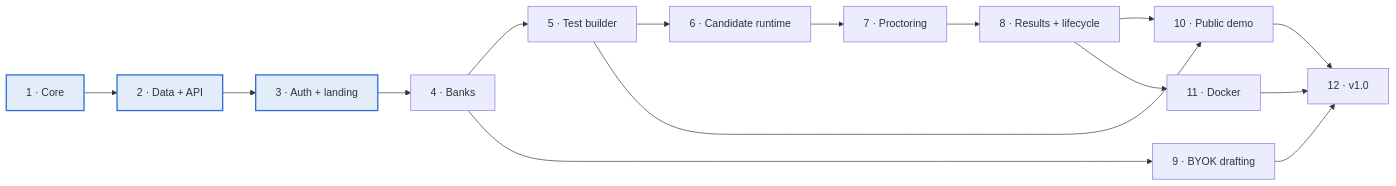
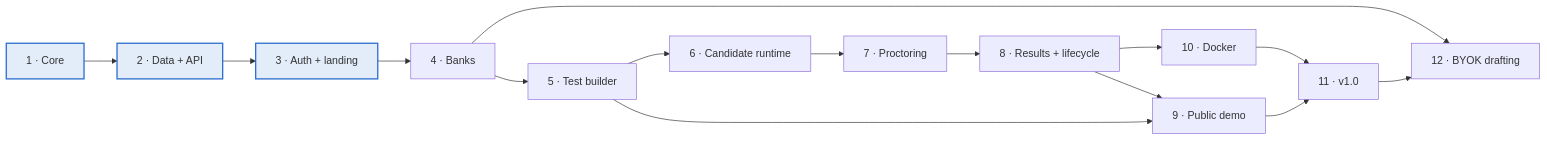
Before and after one commit to SriSatyaLokesh/pariksha: the diagram in docs/ROADMAP.md, drawn with Mermaid. The commit also changed other lines of this file, not shown here.

Commit message:
docs(roadmap): adjust numbering — Phase 9 is Public Demo, Phase 10 is Docker, Phase 11 is v1.0, Phase 12 is BYOK

````diff
--- a/docs/ROADMAP.md
+++ b/docs/ROADMAP.md
@@ -236,15 +236,15 @@
 ```mermaid
 flowchart LR
     P1["1 · Core"] --> P2["2 · Data + API"] --> P3["3 · Auth + landing"]
     P3 --> P4["4 · Banks"] --> P5["5 · Test builder"] --> P6["6 · Candidate runtime"]
     P6 --> P7["7 · Proctoring"] --> P8["8 · Results + lifecycle"]
-    P4 --> P9["9 · BYOK drafting"]
-    P8 --> P10["10 · Public demo"]
-    P5 --> P10
-    P8 --> P11["11 · Docker"] --> P12["12 · v1.0"]
-    P9 --> P12
-    P10 --> P12
+    P8 --> P9["9 · Public demo"]
+    P5 --> P9
+    P8 --> P10["10 · Docker"] --> P11["11 · v1.0"]
+    P9 --> P11
+    P4 --> P12["12 · BYOK drafting"]
+    P11 --> P12
 
     classDef now fill:#e3edf9,stroke:#2f6fd0,stroke-width:2px;
     class P1,P2,P3 now;
 ```
````
